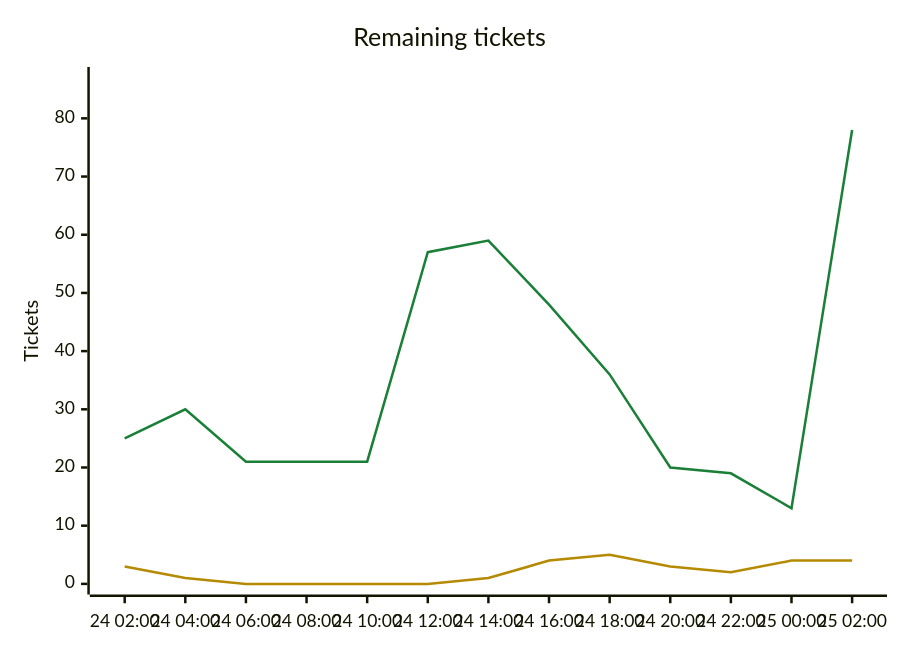
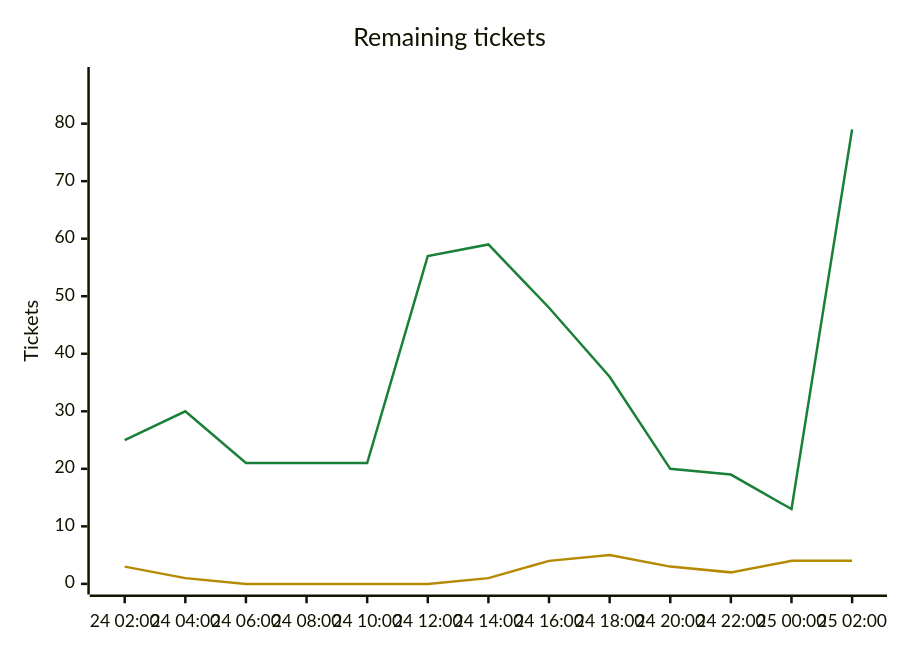
One commit to Kenmura/Unciv changed the second of 2 diagrams in csharp/migration/DEPENDENCY_MAP.md. Above: the diagram before and after it, drawn with Mermaid. The commit also changed other lines of this file and 2 other files, not shown here.

````diff
--- a/csharp/migration/DEPENDENCY_MAP.md
+++ b/csharp/migration/DEPENDENCY_MAP.md
@@ -554,9 +557,9 @@
 ```mermaid
 %%{init: {"themeVariables": {"xyChart": {"plotColorPalette": "#1a7f37, #b58900"}}}}%%
 xychart-beta
     title "Remaining tickets"
     x-axis ["24 02:00", "24 04:00", "24 06:00", "24 08:00", "24 10:00", "24 12:00", "24 14:00", "24 16:00", "24 18:00", "24 20:00", "24 22:00", "25 00:00", "25 02:00"]
-    y-axis "Tickets" 0 --> 87
-    line [25, 30, 21, 21, 21, 57, 59, 48, 36, 20, 19, 13, 78]
+    y-axis "Tickets" 0 --> 88
+    line [25, 30, 21, 21, 21, 57, 59, 48, 36, 20, 19, 13, 79]
     line [3, 1, 0, 0, 0, 0, 1, 4, 5, 3, 2, 4, 4]
 ```
````
